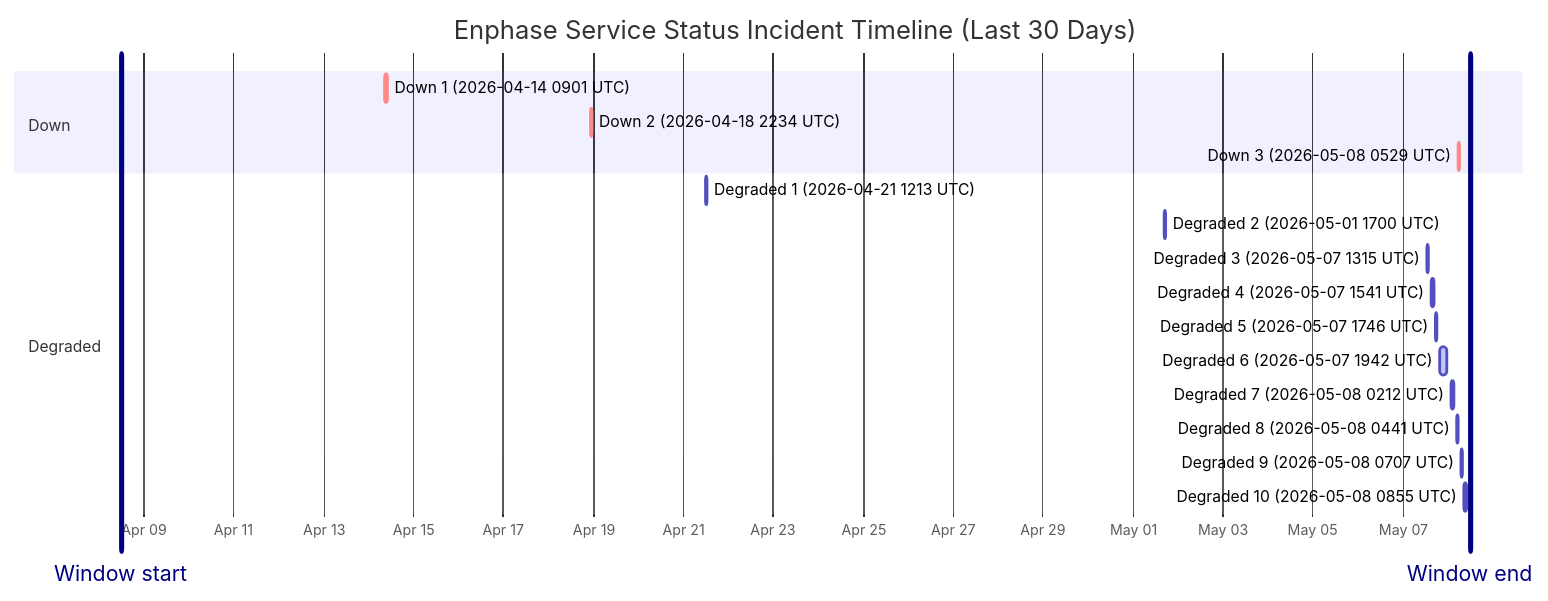
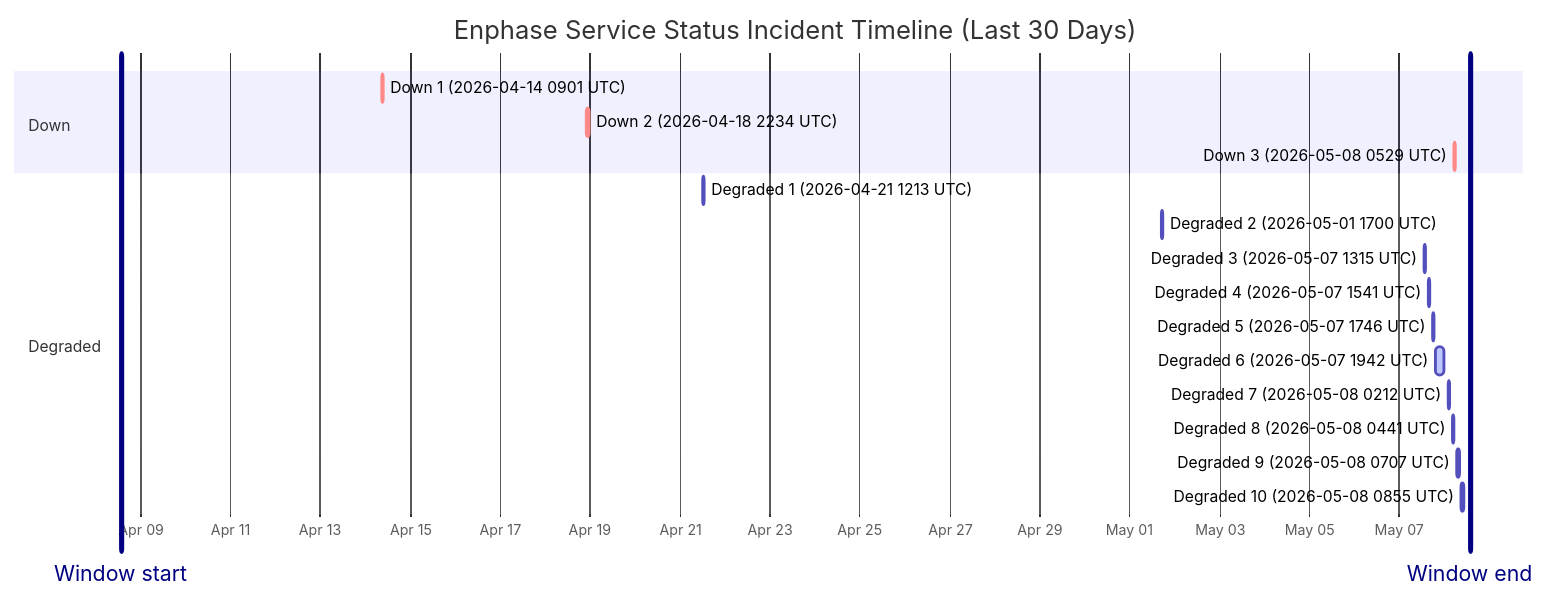
Before and after one commit to barneyonline/ha-enphase-ev-charger: the diagram in wiki/Service-Status-History.md, drawn with Mermaid. The commit also changed other lines of this file and 3 other files, not shown here.

````diff
--- a/wiki/Service-Status-History.md
+++ b/wiki/Service-Status-History.md
@@ -14,23 +14,23 @@
 ```mermaid
 gantt
     title Enphase Service Status Incident Timeline (Last 30 Days)
     dateFormat  YYYY-MM-DDTHH:mm:ss
     axisFormat  %b %d
-    Window start :vert, window-start, 2026-04-08T11:52:57, 0ms
-    Window end :vert, window-end, 2026-05-08T11:52:57, 0ms
+    Window start :vert, window-start, 2026-04-08T13:45:14, 0ms
+    Window end :vert, window-end, 2026-05-08T13:45:14, 0ms
     section Down
     Down 1 (2026-04-14 0901 UTC) :crit, down-1, 2026-04-14T09:01:13, 60m
     Down 2 (2026-04-18 2234 UTC) :crit, down-2, 2026-04-18T22:34:13, 60m
     Down 3 (2026-05-08 0529 UTC) :crit, down-3, 2026-05-08T05:29:47, 60m
     section Degraded
     Degraded 1 (2026-04-21 1213 UTC) :active, degraded-1, 2026-04-21T12:13:11, 60m
     Degraded 2 (2026-05-01 1700 UTC) :active, degraded-2, 2026-05-01T17:00:22, 60m
     Degraded 3 (2026-05-07 1315 UTC) :active, degraded-3, 2026-05-07T13:15:25, 60m
     Degraded 4 (2026-05-07 1541 UTC) :active, degraded-4, 2026-05-07T15:41:58, 60m
     Degraded 5 (2026-05-07 1746 UTC) :active, degraded-5, 2026-05-07T17:46:51, 60m
     Degraded 6 (2026-05-07 1942 UTC) :active, degraded-6, 2026-05-07T19:42:10, 249m
     Degraded 7 (2026-05-08 0212 UTC) :active, degraded-7, 2026-05-08T02:12:39, 60m
     Degraded 8 (2026-05-08 0441 UTC) :active, degraded-8, 2026-05-08T04:41:46, 60m
     Degraded 9 (2026-05-08 0707 UTC) :active, degraded-9, 2026-05-08T07:07:30, 60m
     Degraded 10 (2026-05-08 0855 UTC) :active, degraded-10, 2026-05-08T08:55:20, 88m
 ```
````
